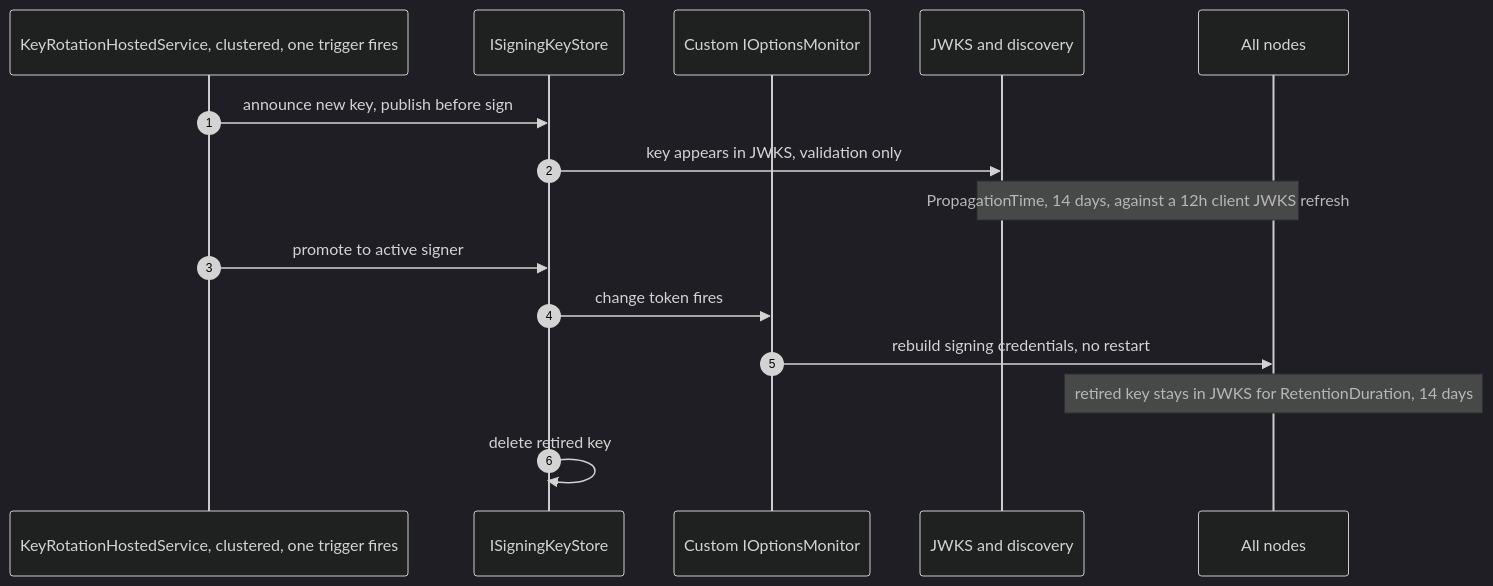
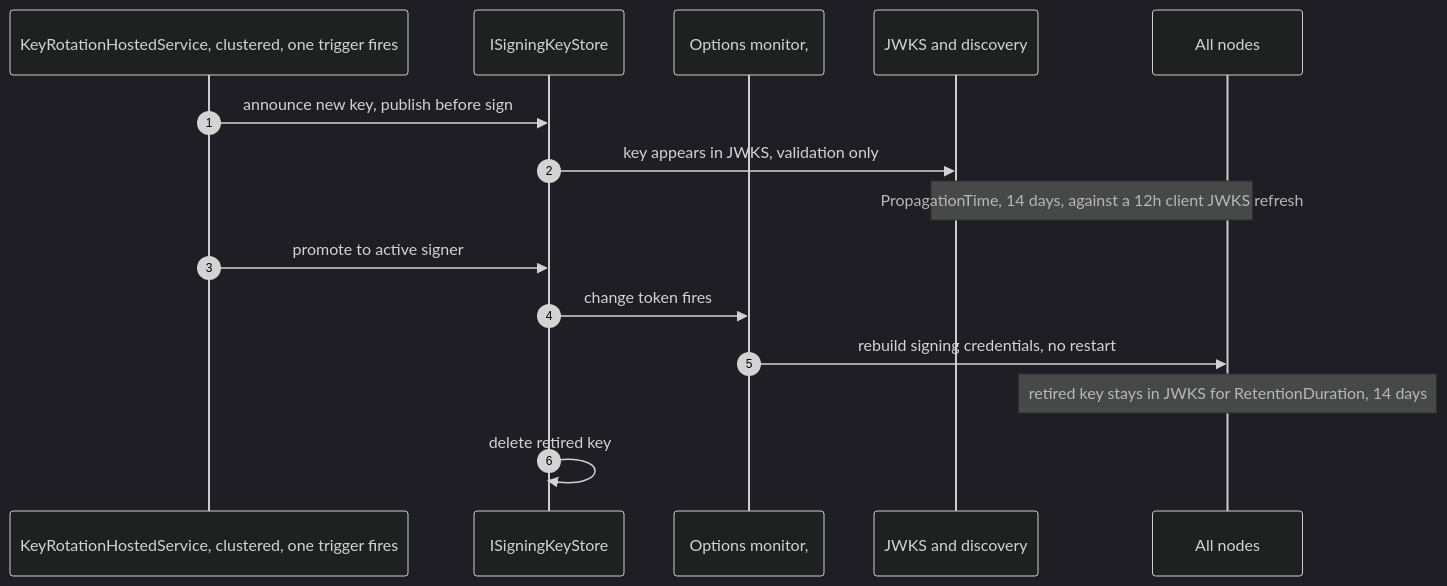
One commit to namphuongtran/nami changed the third of 16 diagrams in docs/architecture/09-runtime-flow-views.md. Above: the diagram before and after it, drawn with Mermaid (dark theme). The commit also changed other lines of this file and 7 other files, not shown here.

````diff
--- a/docs/architecture/09-runtime-flow-views.md
+++ b/docs/architecture/09-runtime-flow-views.md
@@ -134,17 +135,17 @@
 ```mermaid
 sequenceDiagram
   autonumber
   participant Q as KeyRotationHostedService, clustered, one trigger fires
   participant KS as ISigningKeyStore
-  participant OM as Custom IOptionsMonitor
+  participant OM as Options monitor, #1434 seam
   participant JWKS as JWKS and discovery
   participant N as All nodes
   Q->>KS: announce new key, publish before sign
   KS->>JWKS: key appears in JWKS, validation only
   Note over JWKS,N: PropagationTime, 14 days, against a 12h client JWKS refresh
   Q->>KS: promote to active signer
   KS->>OM: change token fires
   OM->>N: rebuild signing credentials, no restart
   Note over N: retired key stays in JWKS for RetentionDuration, 14 days
   KS->>KS: delete retired key
 ```
````
